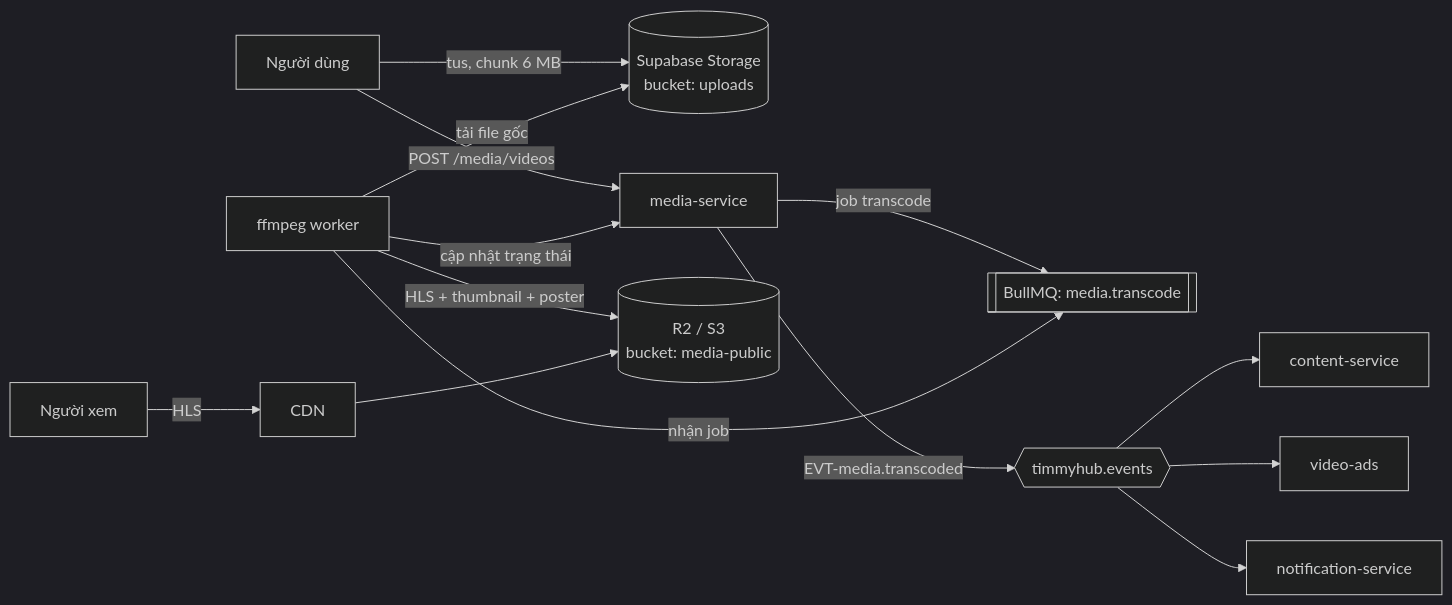
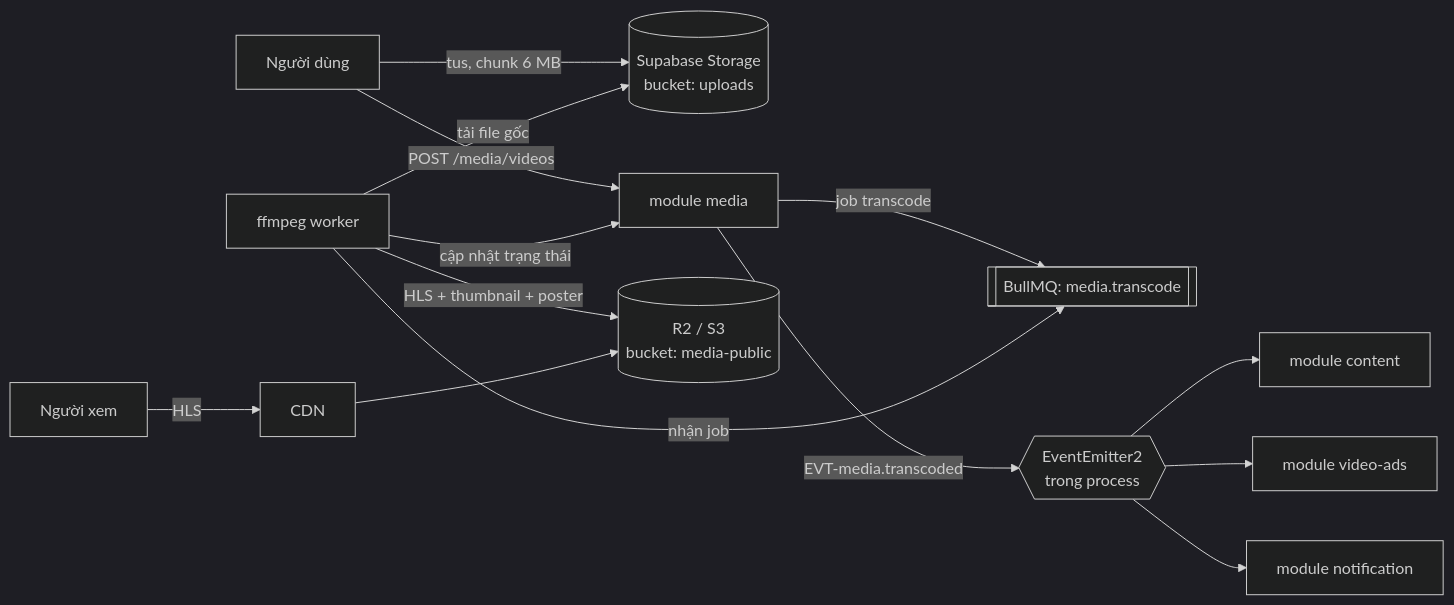
Before and after one commit to timmy277/timmyhub: the first of 2 diagrams in docs/01-architecture/media-video-pipeline.md, drawn with Mermaid (dark theme). The commit also changed other lines of this file and 34 other files, not shown here.

````diff
--- a/docs/01-architecture/media-video-pipeline.md
+++ b/docs/01-architecture/media-video-pipeline.md
@@ -91,16 +91,16 @@
 ```mermaid
 flowchart LR
     U[Người dùng] -->|tus, chunk 6 MB| SB[(Supabase Storage<br/>bucket: uploads)]
-    U -->|POST /media/videos| MS[media-service]
+    U -->|POST /media/videos| MS[module media]
     MS -->|job transcode| Q[[BullMQ: media.transcode]]
     W[ffmpeg worker] -->|nhận job| Q
     W -->|tải file gốc| SB
     W -->|HLS + thumbnail + poster| R2[(R2 / S3<br/>bucket: media-public)]
     W -->|cập nhật trạng thái| MS
-    MS -->|EVT-media.transcoded| BUS{{timmyhub.events}}
-    BUS --> CS[content-service]
-    BUS --> AD[video-ads]
-    BUS --> NS[notification-service]
+    MS -->|EVT-media.transcoded| EE{{EventEmitter2<br/>trong process}}
+    EE --> CS[module content]
+    EE --> AD[module video-ads]
+    EE --> NS[module notification]
     CDN[CDN] --> R2
     V[Người xem] -->|HLS| CDN
 ```
````
